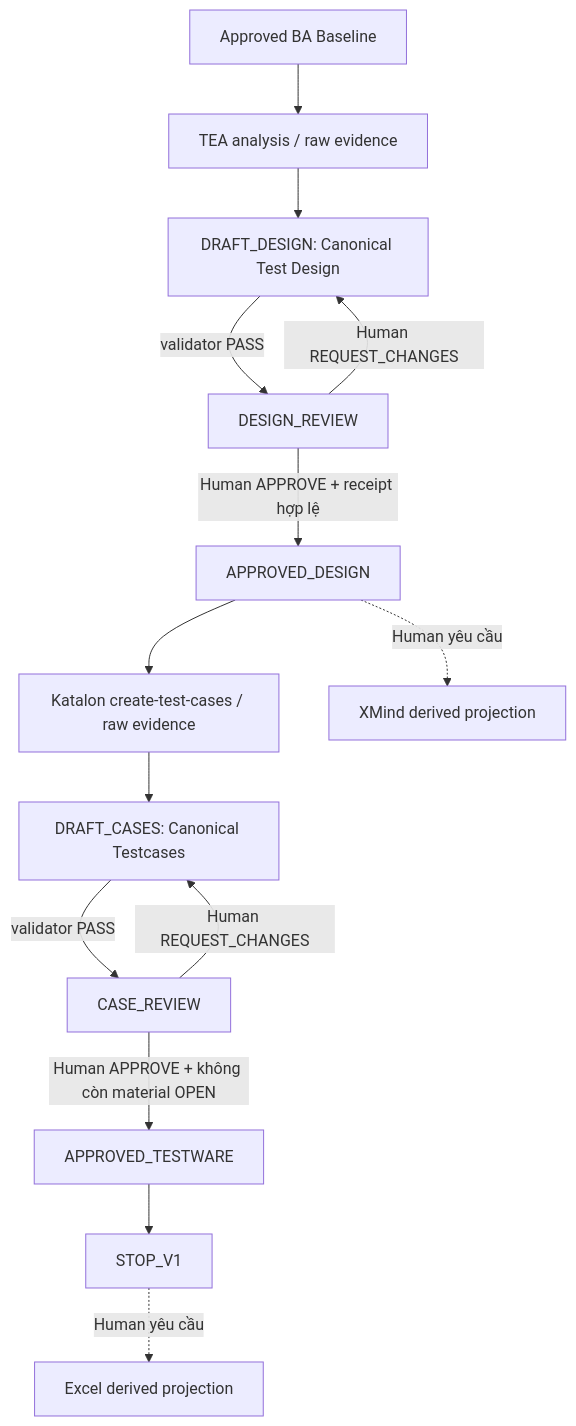
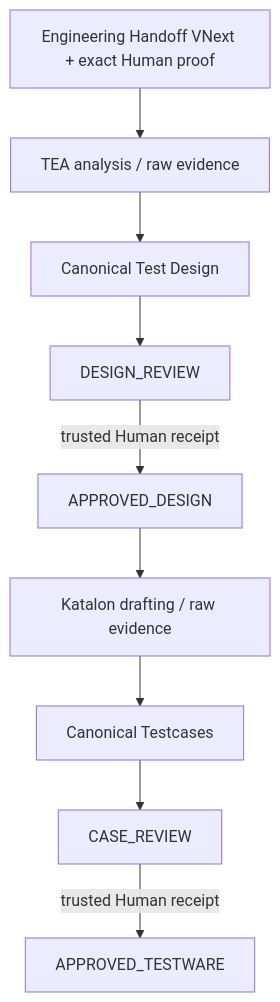
One commit to iceteaofyoureyes/agent-skills changed the diagram in docs/vi/TEST_KIT_WORKFLOW.md. Above: the diagram before and after it, drawn with Mermaid. The commit also changed other lines of this file and 40 other files, not shown here.

First line of the commit message:
feat: integrate Test Kit Manual VNext Phase 6

````diff
--- a/docs/vi/TEST_KIT_WORKFLOW.md
+++ b/docs/vi/TEST_KIT_WORKFLOW.md
@@ -5,16 +3,11 @@
 ```mermaid
 flowchart TD
-    BA[Approved BA Baseline] --> TEA[TEA analysis / raw evidence]
-    TEA --> DD[DRAFT_DESIGN: Canonical Test Design]
-    DD -->|validator PASS| DR[DESIGN_REVIEW]
-    DR -->|Human REQUEST_CHANGES| DD
-    DR -->|Human APPROVE + receipt hợp lệ| AD[APPROVED_DESIGN]
-    AD --> K[Katalon create-test-cases / raw evidence]
-    K --> DC[DRAFT_CASES: Canonical Testcases]
-    DC -->|validator PASS| CR[CASE_REVIEW]
-    CR -->|Human REQUEST_CHANGES| DC
-    CR -->|Human APPROVE + không còn material OPEN| AT[APPROVED_TESTWARE]
-    AT --> STOP[STOP_V1]
-    AD -. Human yêu cầu .-> X[XMind derived projection]
-    STOP -. Human yêu cầu .-> E[Excel derived projection]
+    BA[Engineering Handoff VNext + exact Human proof] --> T[TEA analysis / raw evidence]
+    T --> D[Canonical Test Design]
+    D --> DR[DESIGN_REVIEW]
+    DR -->|trusted Human receipt| AD[APPROVED_DESIGN]
+    AD --> K[Katalon drafting / raw evidence]
+    K --> C[Canonical Testcases]
+    C --> CR[CASE_REVIEW]
+    CR -->|trusted Human receipt| AT[APPROVED_TESTWARE]
 ```
````
